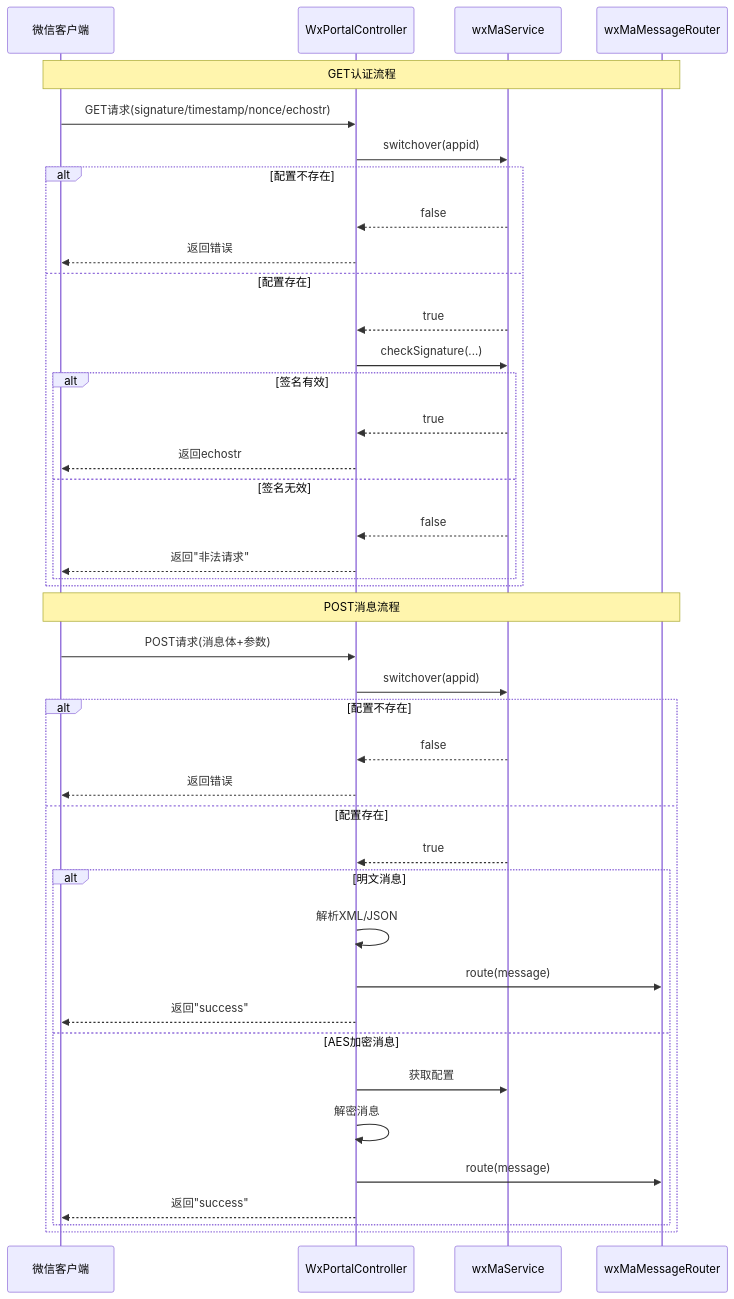
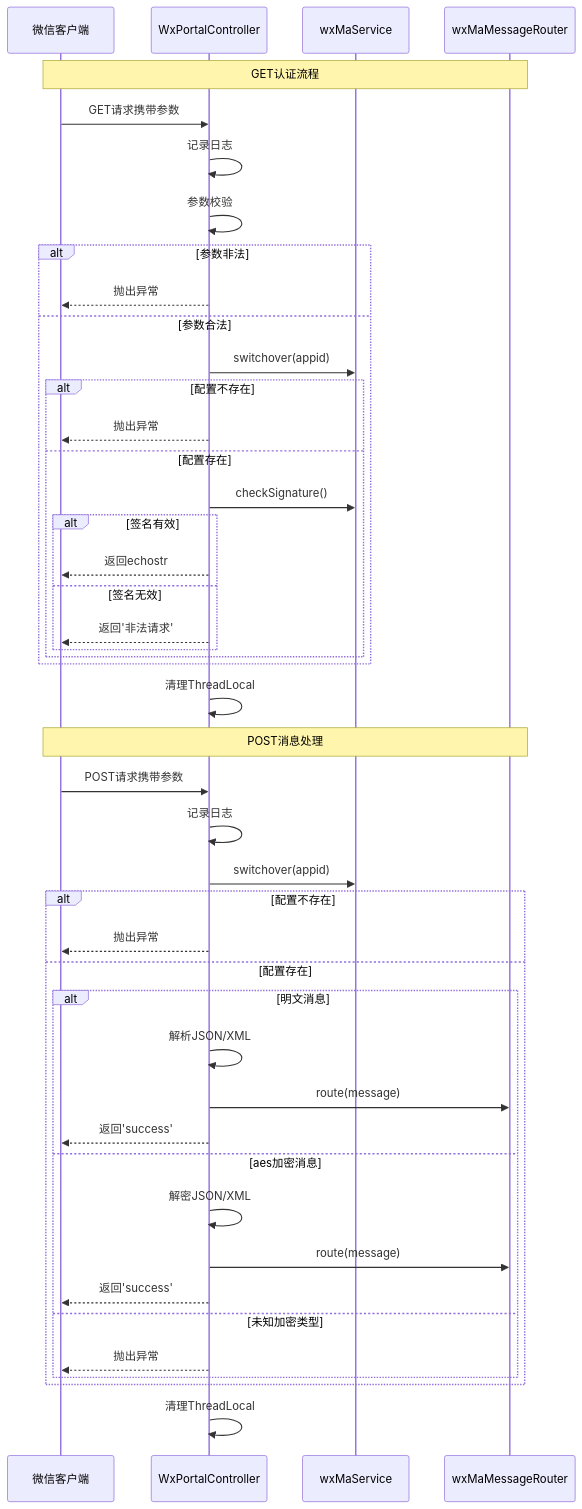
Before and after one commit to v-wjrong/rongwj666_weixin-java-miniapp-demo: the third of 3 diagrams in docs/zh/docs/src/main/java/com/github/binarywang/demo/wx/miniapp/controller/WxPortalController.md, drawn with Mermaid. The commit also changed other lines of this file and 46 other files, not shown here.

````diff
--- a/docs/zh/docs/src/main/java/com/github/binarywang/demo/wx/miniapp/controller/WxPortalController.md
+++ b/docs/zh/docs/src/main/java/com/github/binarywang/demo/wx/miniapp/controller/WxPortalController.md
@@ -128,45 +131,49 @@
 ```mermaid
 sequenceDiagram
     participant Client as 微信客户端
     participant Controller as WxPortalController
     participant Service as wxMaService
     participant Router as wxMaMessageRouter
 
     Note over Client,Router: GET认证流程
-    Client->>Controller: GET请求(signature/timestamp/nonce/echostr)
+    Client->>Controller: GET请求携带参数
+    Controller->>Controller: 记录日志
+    Controller->>Controller: 参数校验
+    alt 参数非法
+        Controller-->>Client: 抛出异常
+    else 参数合法
+        Controller->>Service: switchover(appid)
+        alt 配置不存在
+            Controller-->>Client: 抛出异常
+        else 配置存在
+            Controller->>Service: checkSignature()
+            alt 签名有效
+                Controller-->>Client: 返回echostr
+            else 签名无效
+                Controller-->>Client: 返回'非法请求'
+            end
+        end
+    end
+    Controller->>Controller: 清理ThreadLocal
+
+    Note over Client,Router: POST消息处理
+    Client->>Controller: POST请求携带参数
+    Controller->>Controller: 记录日志
     Controller->>Service: switchover(appid)
     alt 配置不存在
-        Service-->>Controller: false
-        Controller-->>Client: 返回错误
+        Controller-->>Client: 抛出异常
     else 配置存在
-        Service-->>Controller: true
-        Controller->>Service: checkSignature(...)
-        alt 签名有效
-            Service-->>Controller: true
-            Controller-->>Client: 返回echostr
-        else 签名无效
-            Service-->>Controller: false
-            Controller-->>Client: 返回"非法请求"
+        alt 明文消息
+            Controller->>Controller: 解析JSON/XML
+            Controller->>Router: route(message)
+            Controller-->>Client: 返回'success'
+        else aes加密消息
+            Controller->>Controller: 解密JSON/XML
+            Controller->>Router: route(message)
+            Controller-->>Client: 返回'success'
+        else 未知加密类型
+            Controller-->>Client: 抛出异常
         end
     end
-
-    Note over Client,Router: POST消息流程
-    Client->>Controller: POST请求(消息体+参数)
-    Controller->>Service: switchover(appid)
-    alt 配置不存在
-        Service-->>Controller: false
-        Controller-->>Client: 返回错误
-    else 配置存在
-        Service-->>Controller: true
-        alt 明文消息
-            Controller->>Controller: 解析XML/JSON
-            Controller->>Router: route(message)
-            Controller-->>Client: 返回"success"
-        else AES加密消息
-            Controller->>Service: 获取配置
-            Controller->>Controller: 解密消息
-            Controller->>Router: route(message)
-            Controller-->>Client: 返回"success"
-        end
-    end
+    Controller->>Controller: 清理ThreadLocal
 ```
````
